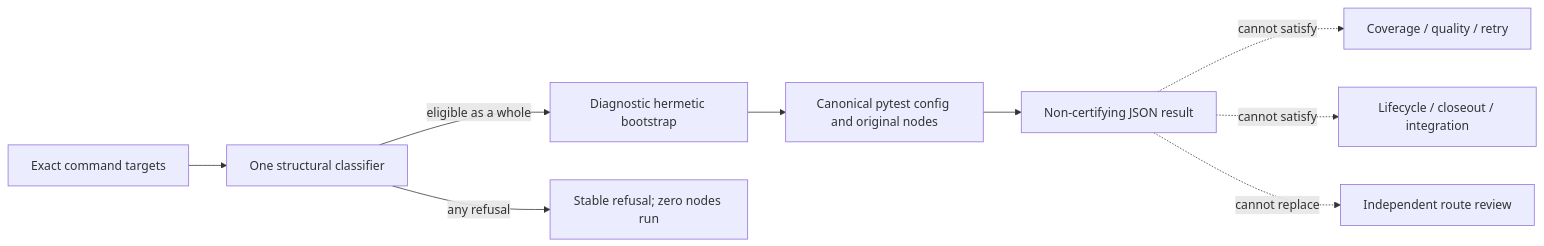
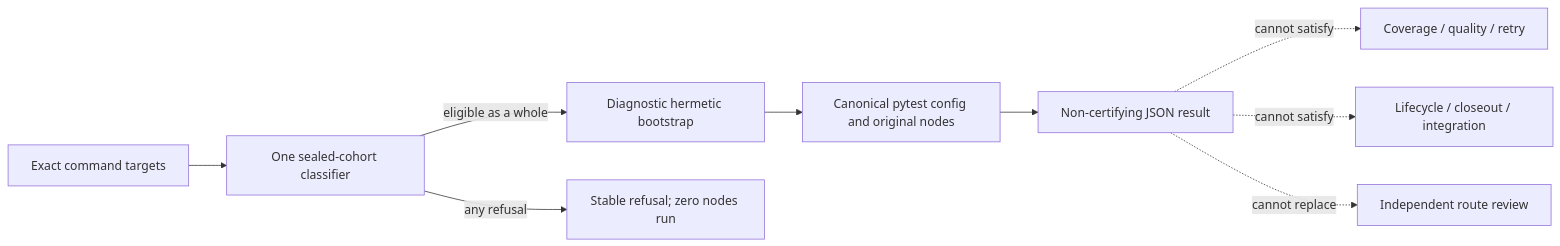
Before and after one commit to Foxfire1st/agents-remember: the diagram in docs/design/python-direct-diagnostics.md, drawn with Mermaid. The commit also changed other lines of this file and 222 other files, not shown here.

````diff
--- a/docs/design/python-direct-diagnostics.md
+++ b/docs/design/python-direct-diagnostics.md
@@ -14,12 +14,12 @@
 ```mermaid
 flowchart LR
-    C[Exact command targets] --> P[One structural classifier]
+    C[Exact command targets] --> P[One sealed-cohort classifier]
     P -->|eligible as a whole| B[Diagnostic hermetic bootstrap]
     B --> T[Canonical pytest config and original nodes]
     T --> J[Non-certifying JSON result]
     P -->|any refusal| R[Stable refusal; zero nodes run]
 
     J -. cannot satisfy .-> A[Coverage / quality / retry]
     J -. cannot satisfy .-> L[Lifecycle / closeout / integration]
     J -. cannot replace .-> V[Independent route review]
 ```
````
